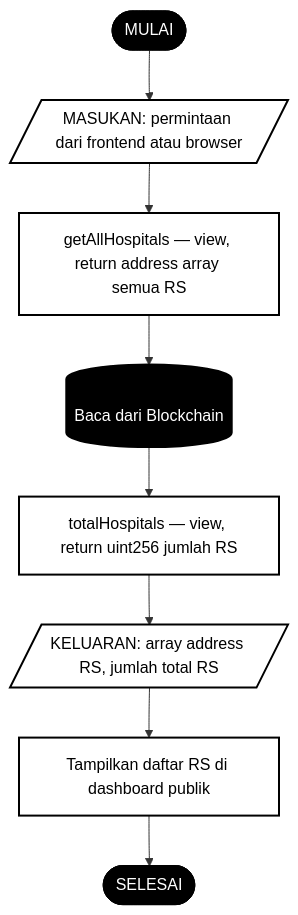
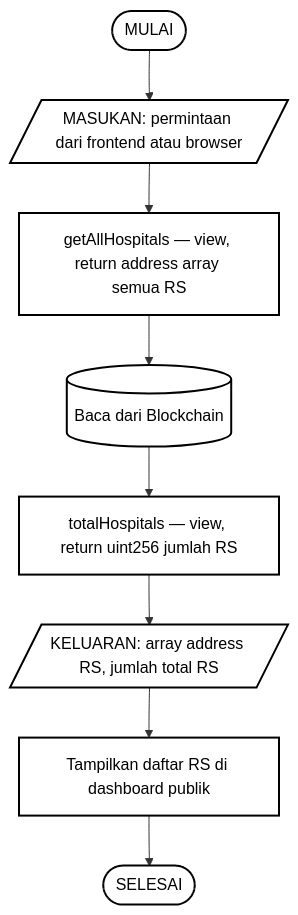
The sixth of 7 diagrams in readme/capstone_blockchain.md (abuab234/Status-Ketersediaan-Kamar-RS), drawn with Mermaid before and after one commit. The commit also changed other lines of this file, not shown here.

````diff
--- a/readme/capstone_blockchain.md
+++ b/readme/capstone_blockchain.md
@@ -280,19 +280,19 @@
 ```mermaid
 flowchart TD
     D1([MULAI]) --> D2[/"MASUKAN: permintaan dari frontend atau browser"/]
     D2 --> D3["getAllHospitals — view, return address array semua RS"]
     D3 --> DDB[("Baca dari Blockchain")]
     DDB --> D4["totalHospitals — view, return uint256 jumlah RS"]
     D4 --> D5[/"KELUARAN: array address RS, jumlah total RS"/]
     D5 --> D6["Tampilkan daftar RS di dashboard publik"]
     D6 --> D7([SELESAI])
 
-    style D1 fill:#000,color:#fff,stroke:#000
-    style D7 fill:#000,color:#fff,stroke:#000
-    style D3 fill:#fff,color:#000,stroke:#000,stroke-width:2px
-    style D4 fill:#fff,color:#000,stroke:#000,stroke-width:2px
-    style D6 fill:#fff,color:#000,stroke:#000,stroke-width:2px
-    style D2 fill:#fff,color:#000,stroke:#000,stroke-width:2px
-    style D5 fill:#fff,color:#000,stroke:#000,stroke-width:2px
-    style DDB fill:#000,color:#fff,stroke:#000,stroke-width:3px
+    style D1 fill:none,color:#000,stroke:#000,stroke-width:2px
+    style D7 fill:none,color:#000,stroke:#000,stroke-width:2px
+    style D3 fill:none,color:#000,stroke:#000,stroke-width:2px
+    style D4 fill:none,color:#000,stroke:#000,stroke-width:2px
+    style D6 fill:none,color:#000,stroke:#000,stroke-width:2px
+    style D2 fill:none,color:#000,stroke:#000,stroke-width:2px
+    style D5 fill:none,color:#000,stroke:#000,stroke-width:2px
+    style DDB fill:none,color:#000,stroke:#000,stroke-width:2px
 ```
````
